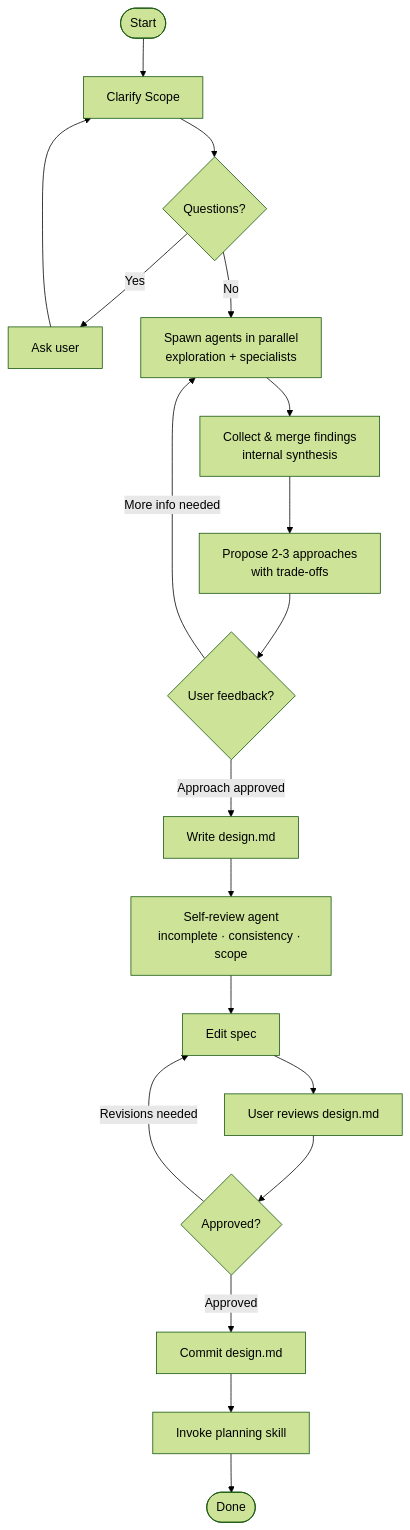
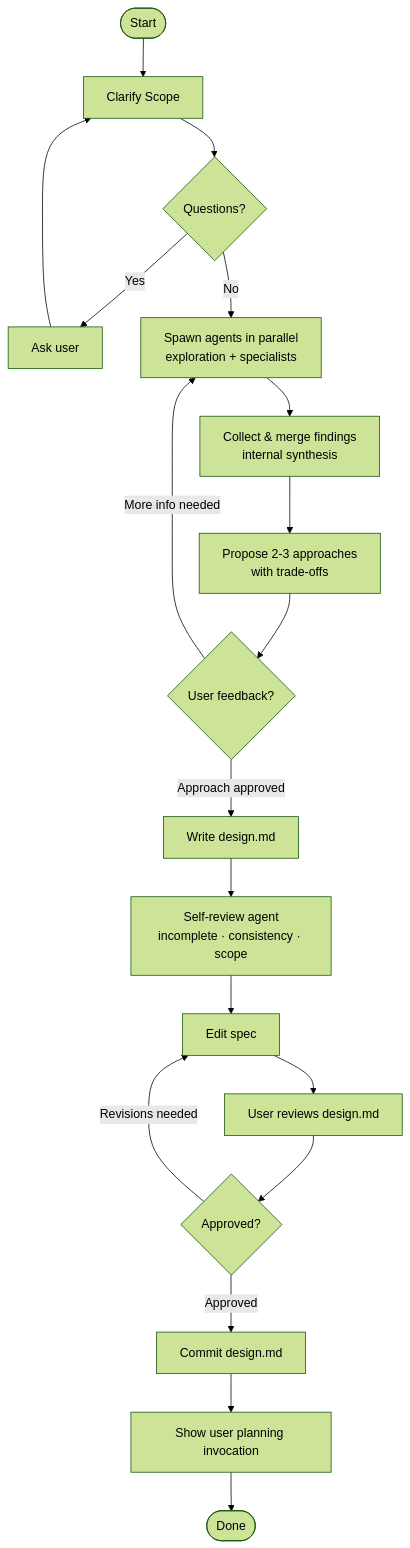
One commit to nilpath/nilpath-marketplace changed the diagram in dist/claude/plugins/engineering-workflow/skills/researching/SKILL.md. Above: the diagram before and after it, drawn with Mermaid (forest theme). The commit also changed other lines of this file and 29 other files, not shown here.

First line of the commit message:
fix(skills): Require explicit skill invocation

````diff
--- a/dist/claude/plugins/engineering-workflow/skills/researching/SKILL.md
+++ b/dist/claude/plugins/engineering-workflow/skills/researching/SKILL.md
@@ -32,21 +34,21 @@
 ```mermaid
 flowchart TD
     A([Start]) --> B[Clarify Scope]
     B --> C{Questions?}
     C -- Yes --> D[Ask user]
     D --> B
     C -- No --> E[Spawn agents in parallel\nexploration + specialists]
     E --> F[Collect & merge findings\ninternal synthesis]
     F --> G[Propose 2-3 approaches\nwith trade-offs]
     G --> H{User feedback?}
     H -- More info needed --> E
     H -- Approach approved --> I[Write design.md]
     I --> J[Self-review agent\nincomplete · consistency · scope]
     J --> K[Edit spec]
     K --> L[User reviews design.md]
     L --> M{Approved?}
     M -- Revisions needed --> K
     M -- Approved --> N[Commit design.md]
-    N --> O[Invoke planning skill]
+    N --> O[Show user planning invocation]
     O --> Z([Done])
 ```
````
